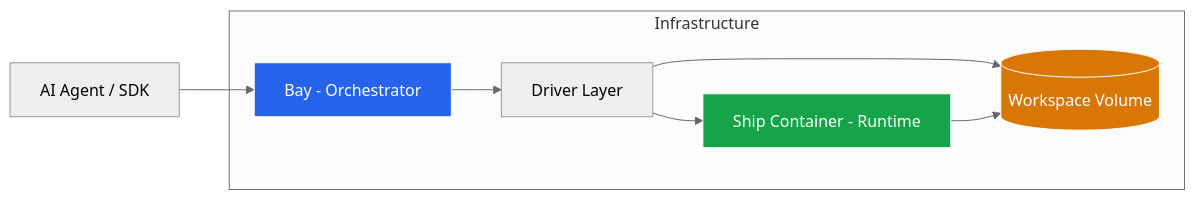
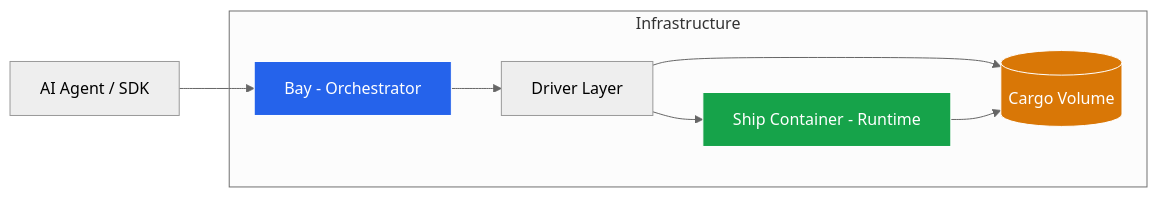
The diagram in README.md (RC-CHN/shipyard-neo), drawn with Mermaid (neutral theme) before and after one commit. The commit also changed other lines of this file and 1 other file, not shown here.

Commit message:
docs: update README and TODO for cargo progress

````diff
--- a/README.md
+++ b/README.md
@@ -19,16 +19,16 @@
 ```mermaid
 flowchart LR
     Client[AI Agent / SDK] --> Bay[Bay - Orchestrator]
     
     subgraph Infrastructure
         Bay --> Driver[Driver Layer]
         Driver --> Ship[Ship Container - Runtime]
-        Driver --> Workspace[(Workspace Volume)]
+        Driver --> Cargo[(Cargo Volume)]
     end
     
-    Ship --> Workspace
+    Ship --> Cargo
     
     style Bay fill:#2563eb,stroke:#fff,color:#fff
     style Ship fill:#16a34a,stroke:#fff,color:#fff
-    style Workspace fill:#d97706,stroke:#fff,color:#fff
+    style Cargo fill:#d97706,stroke:#fff,color:#fff
 ```
````
